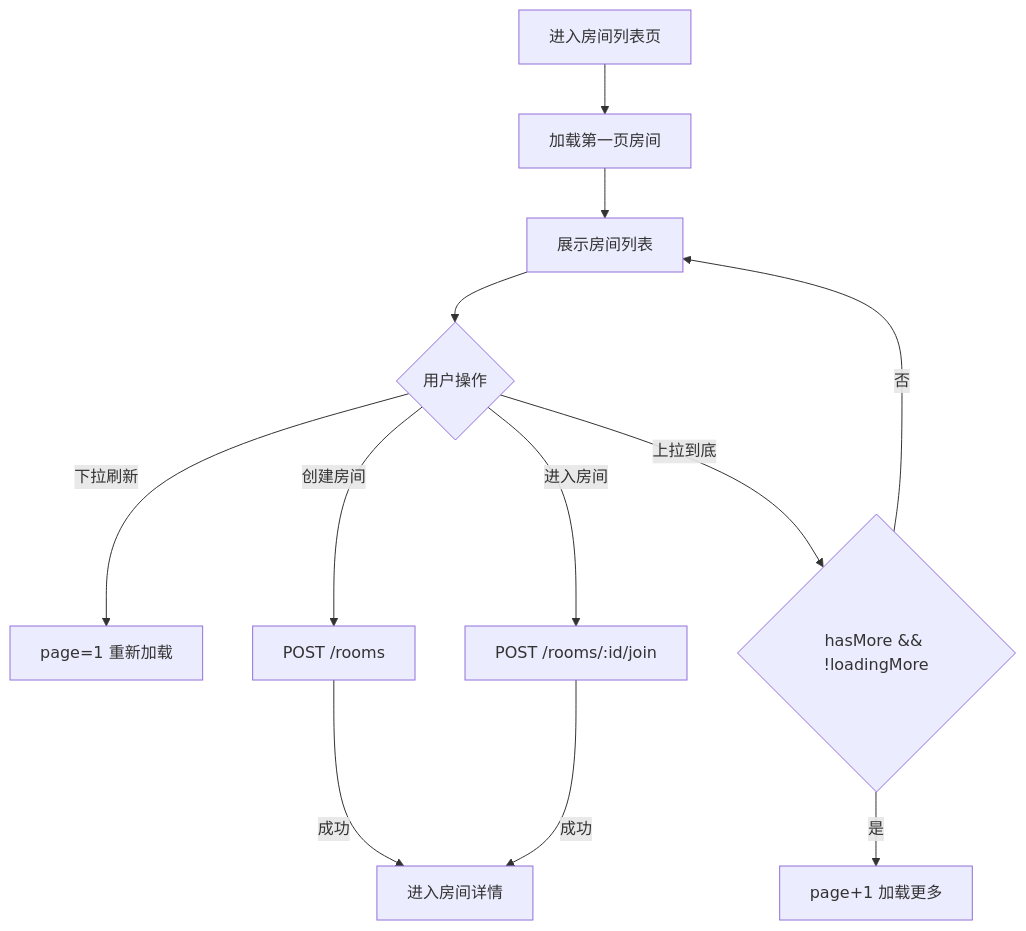
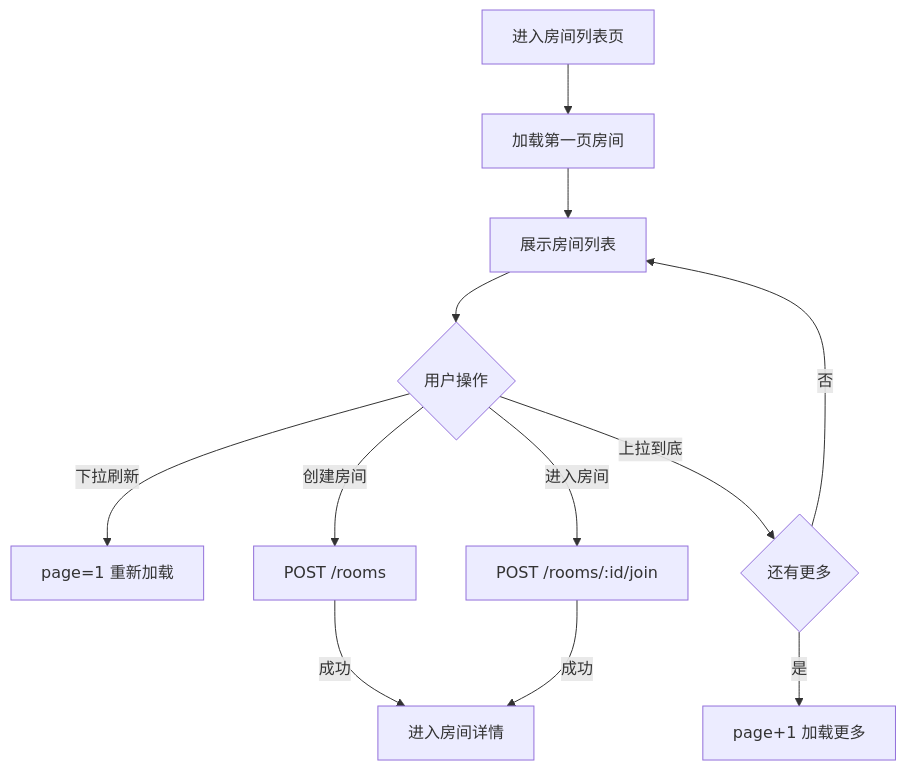
The third of 9 diagrams in docs/客户端逻辑设计.md (DancingCodes/room-app), drawn with Mermaid before and after one commit. The commit also changed other lines of this file and 1 other file, not shown here.

````diff
--- a/docs/客户端逻辑设计.md
+++ b/docs/客户端逻辑设计.md
@@ -88,14 +56,14 @@
 ```mermaid
 flowchart TD
     A[进入房间列表页] --> B[加载第一页房间]
     B --> C[展示房间列表]
     C --> D{用户操作}
     D -- 下拉刷新 --> E[page=1 重新加载]
-    D -- 上拉到底 --> F{hasMore && !loadingMore}
+    D -- 上拉到底 --> F{还有更多}
     F -- 是 --> G[page+1 加载更多]
     F -- 否 --> C
     D -- 创建房间 --> H[POST /rooms]
     D -- 进入房间 --> I[POST /rooms/:id/join]
     H -- 成功 --> J[进入房间详情]
     I -- 成功 --> J
 ```
````
